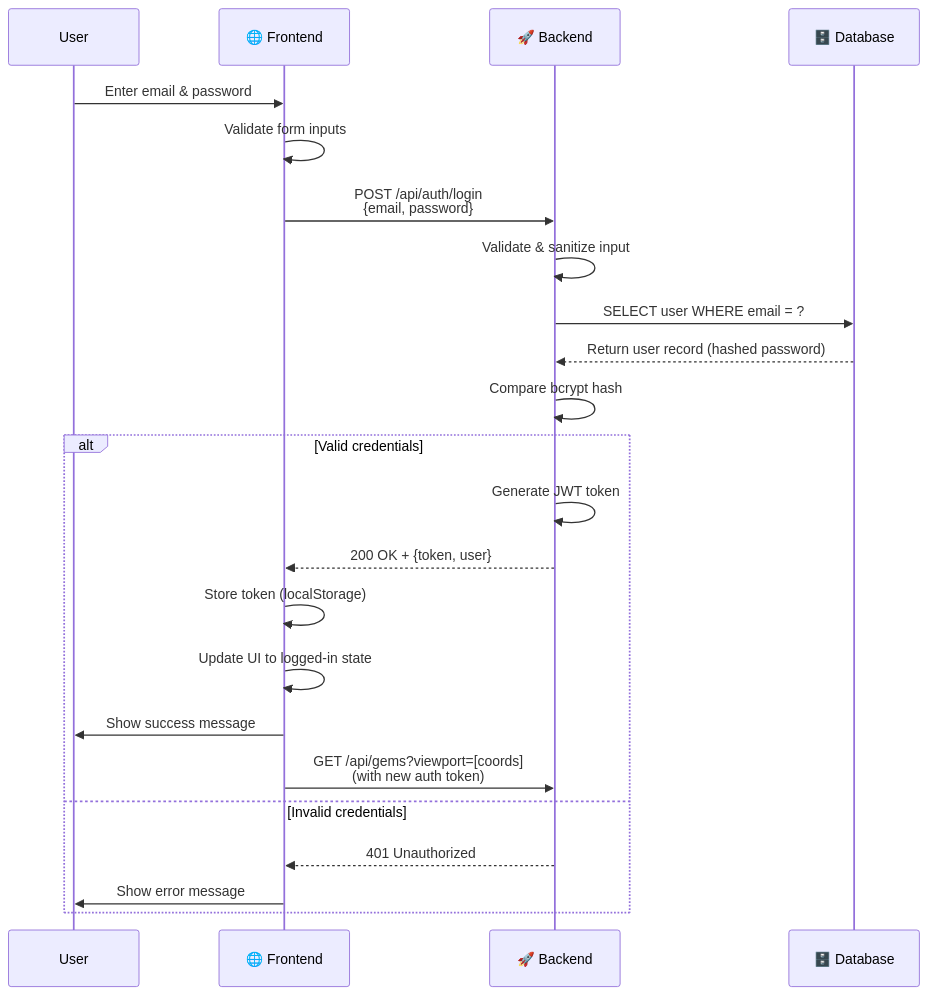
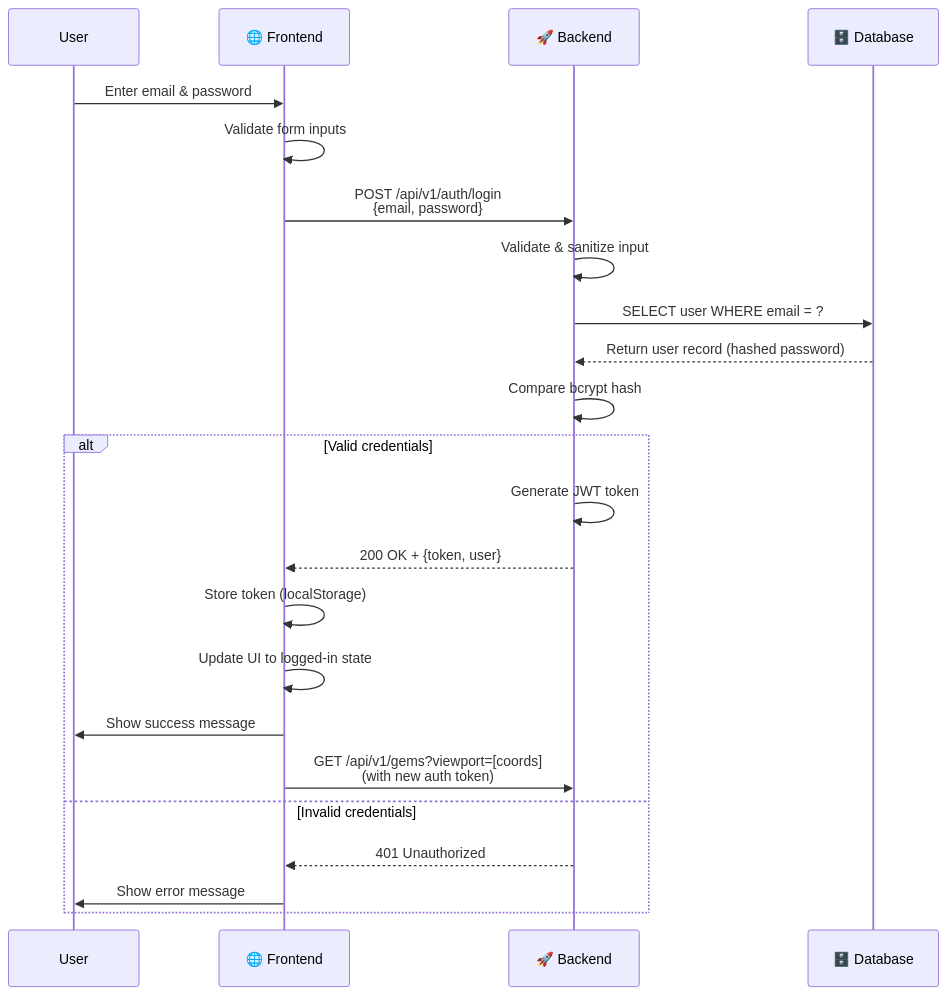
Before and after one commit to jlescarlan11/krawl: the third of 11 diagrams in docs/system-design.md, drawn with Mermaid. The commit also changed other lines of this file and 40 other files, not shown here.

````diff
--- a/docs/system-design.md
+++ b/docs/system-design.md
@@ -156,26 +156,26 @@
 ```mermaid
 sequenceDiagram
     participant User
     participant FE as 🌐 Frontend
     participant BE as 🚀 Backend
     participant DB as 🗄️ Database
     
     User->>FE: Enter email & password
     FE->>FE: Validate form inputs
-    FE->>BE: POST /api/auth/login<br/>{email, password}
+    FE->>BE: POST /api/v1/auth/login<br/>{email, password}
     BE->>BE: Validate & sanitize input
     BE->>DB: SELECT user WHERE email = ?
     DB-->>BE: Return user record (hashed password)
     BE->>BE: Compare bcrypt hash
     alt Valid credentials
         BE->>BE: Generate JWT token
         BE-->>FE: 200 OK + {token, user}
         FE->>FE: Store token (localStorage)
         FE->>FE: Update UI to logged-in state
         FE->>User: Show success message
-        FE->>BE: GET /api/gems?viewport=[coords]<br/>(with new auth token)
+        FE->>BE: GET /api/v1/gems?viewport=[coords]<br/>(with new auth token)
     else Invalid credentials
         BE-->>FE: 401 Unauthorized
         FE->>User: Show error message
     end
 ```
````
